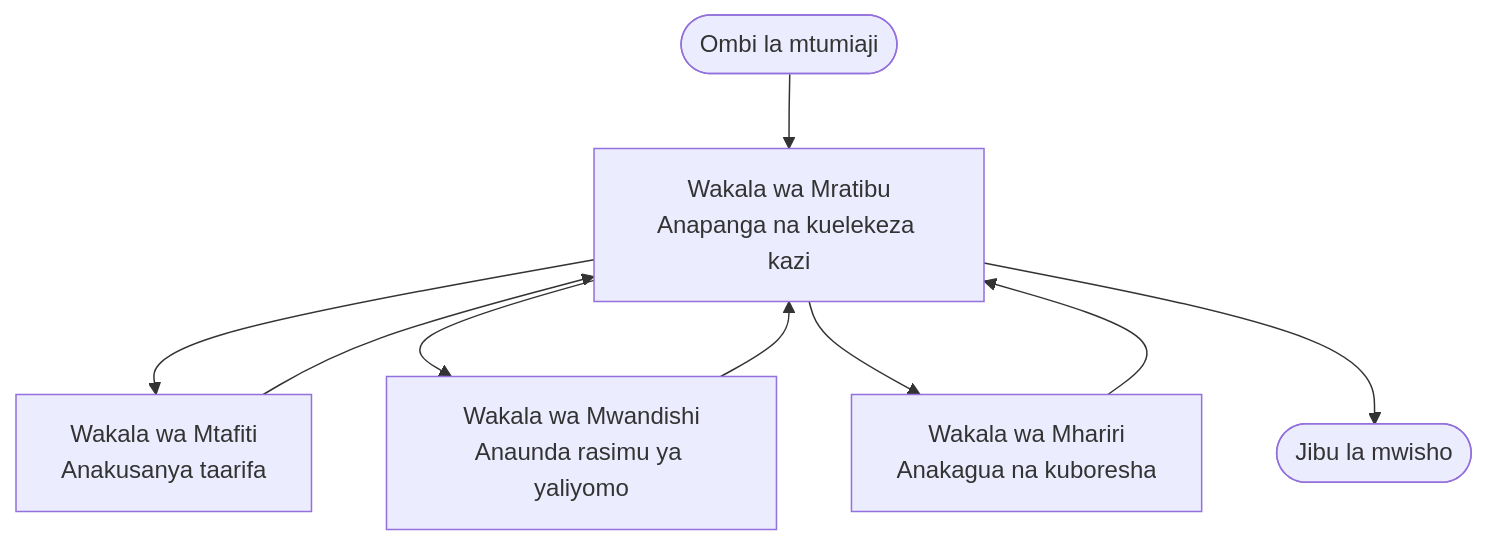
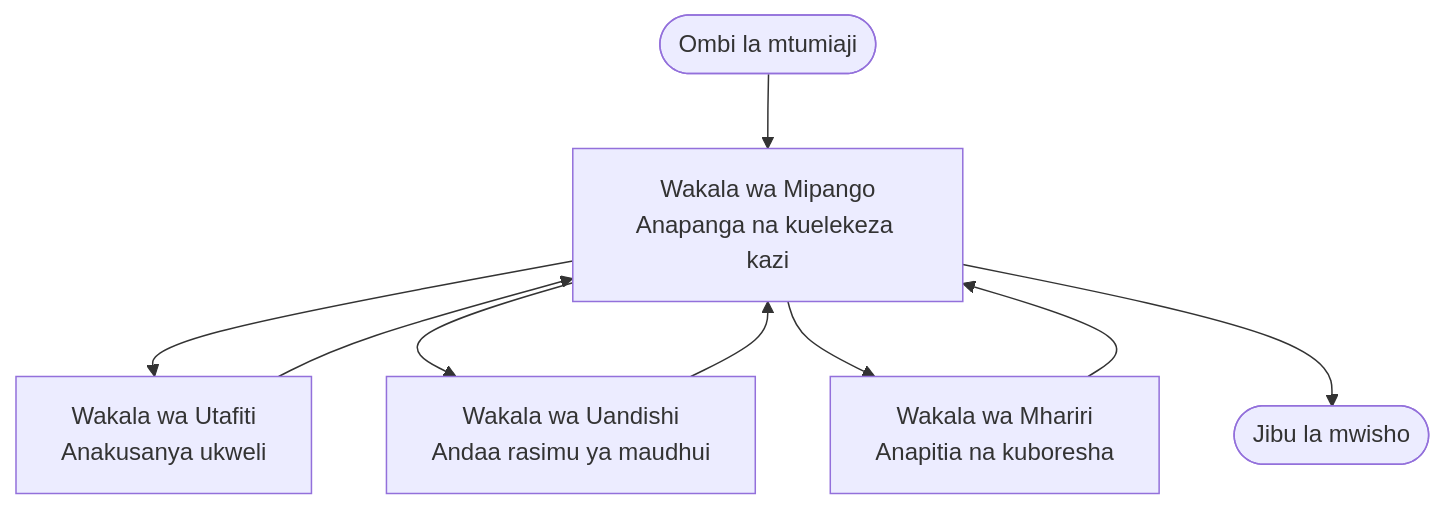
The diagram in translations/sw/docs/chapter-05-multi-agent/multi-agent-basics.md (microsoft/AZD-for-beginners), drawn with Mermaid before and after one commit. The commit also changed other lines of this file and 61 other files, not shown here.

````diff
--- a/translations/sw/docs/chapter-05-multi-agent/multi-agent-basics.md
+++ b/translations/sw/docs/chapter-05-multi-agent/multi-agent-basics.md
@@ -43,11 +43,11 @@
 ```mermaid
 graph TD
-    User([Ombi la mtumiaji]) --> Orchestrator[Wakala wa Mratibu<br/>Anapanga na kuelekeza kazi]
-    Orchestrator --> Researcher[Wakala wa Mtafiti<br/>Anakusanya taarifa]
-    Orchestrator --> Writer[Wakala wa Mwandishi<br/>Anaunda rasimu ya yaliyomo]
-    Orchestrator --> Editor[Wakala wa Mhariri<br/>Anakagua na kuboresha]
+    User([Ombi la mtumiaji]) --> Orchestrator[Wakala wa Mipango<br/>Anapanga na kuelekeza kazi]
+    Orchestrator --> Researcher[Wakala wa Utafiti<br/>Anakusanya ukweli]
+    Orchestrator --> Writer[Wakala wa Uandishi<br/>Andaa rasimu ya maudhui]
+    Orchestrator --> Editor[Wakala wa Mhariri<br/>Anapitia na kuboresha]
     Researcher --> Orchestrator
     Writer --> Orchestrator
     Editor --> Orchestrator
     Orchestrator --> Result([Jibu la mwisho])
 ```
````
